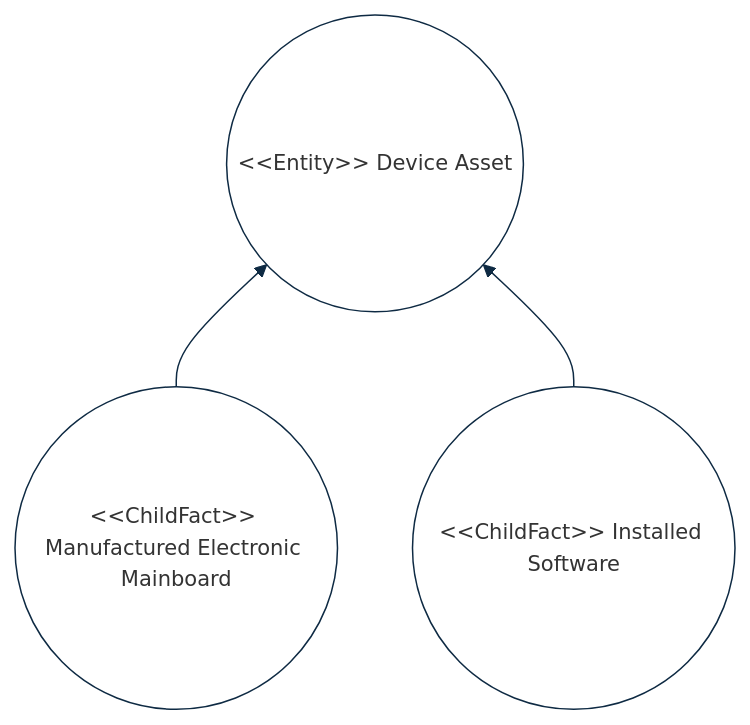
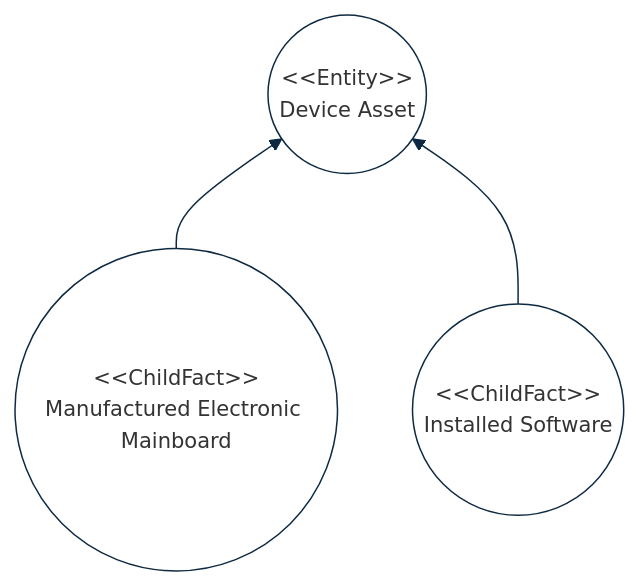
One commit to cybnity/foundation changed the second of 2 diagrams in implementations-line/framework/immutable/README.md. Above: the diagram before and after it, drawn with Mermaid.

````diff
--- a/implementations-line/framework/immutable/README.md
+++ b/implementations-line/framework/immutable/README.md
@@ -135,25 +135,25 @@
 ```mermaid
 %%{
   init: {
     'theme': 'base',
     'themeVariables': {
         'background': '#ffffff',
         'fontFamily': 'arial',
         'fontSize': '14px',
         'primaryColor': '#fff',
         'primaryBorderColor': '#0e2a43',
         'secondaryBorderColor': '#0e2a43',
         'tertiaryBorderColor': '#0e2a43',
         'edgeLabelBackground':'#0e2a43',
         'lineColor': '#0e2a43',
         'tertiaryColor': '#fff'
     }
   }
 }%%
 flowchart BT
-    board(("#60;#60;ChildFact#62;#62; Manufactured Electronic Mainboard")) --> asset(("#60;#60;Entity#62;#62; Device Asset"))
-    soft(("#60;#60;ChildFact#62;#62; Installed Software")) --> asset
+    board(("#60;#60;ChildFact#62;#62;<br/>Manufactured Electronic Mainboard")) --> asset(("#60;#60;Entity#62;#62;<br/>Device Asset"))
+    soft(("#60;#60;ChildFact#62;#62;<br/>Installed Software")) --> asset
 
 
 
 ```
````
